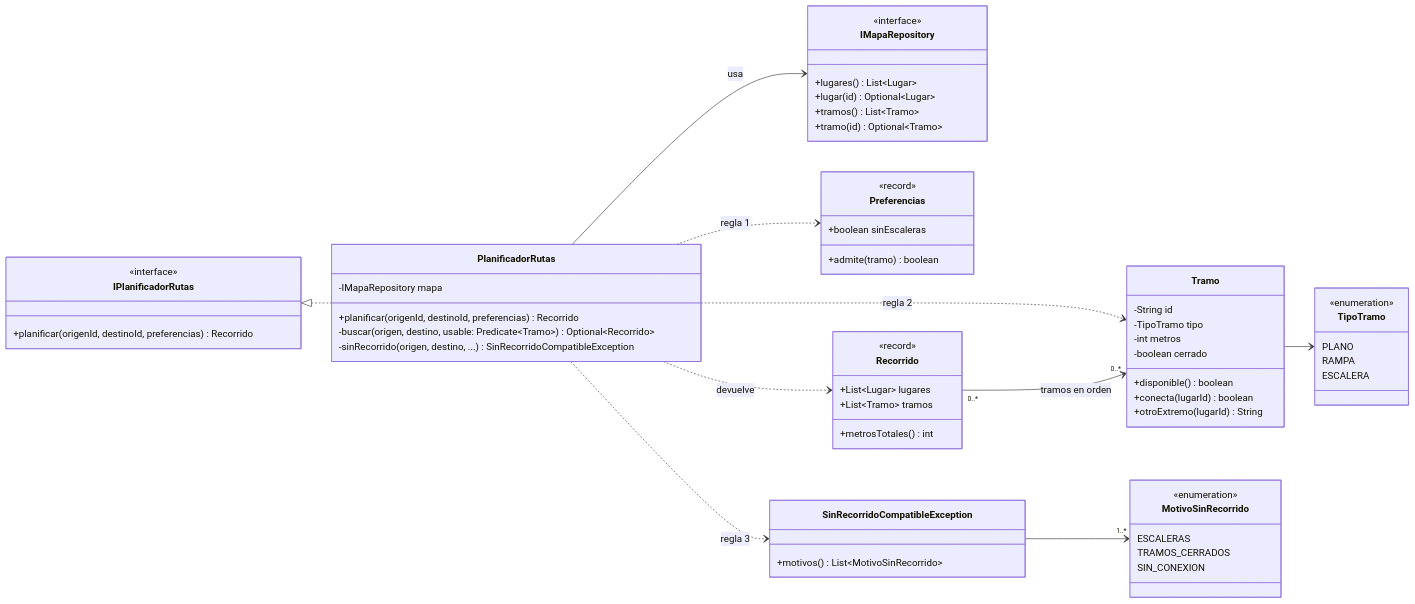
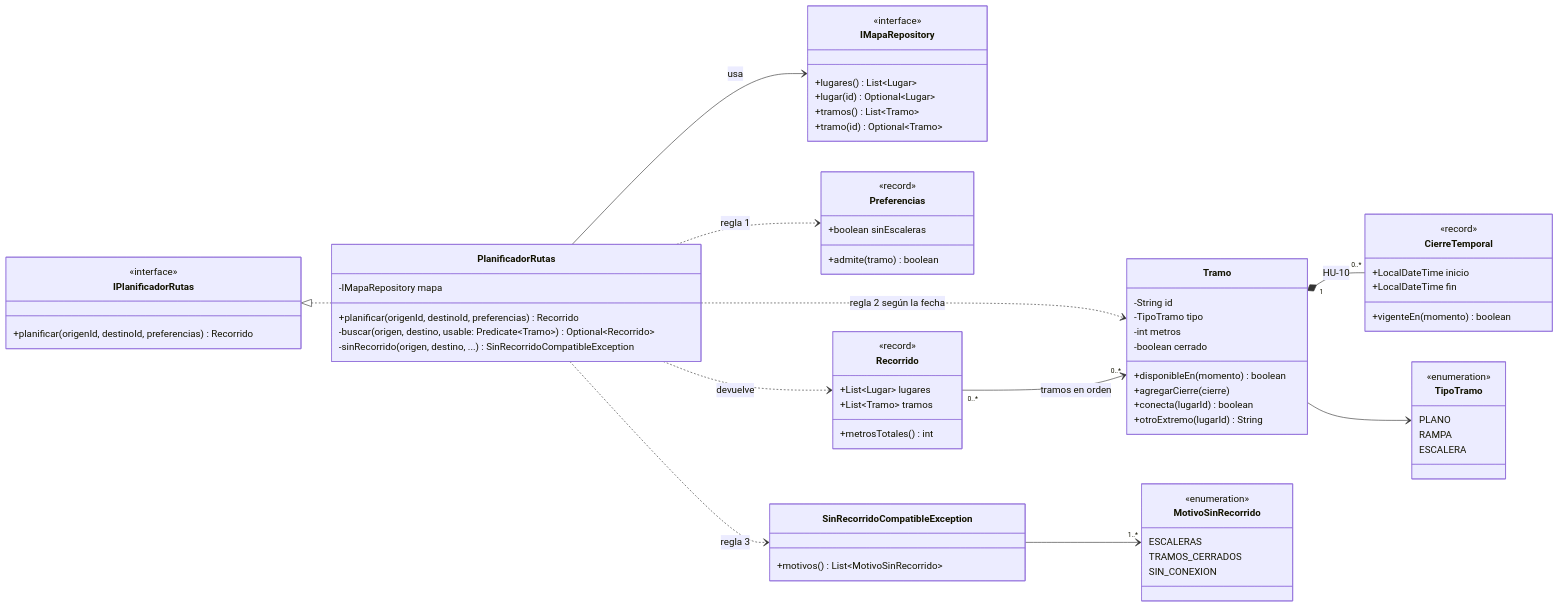
One commit to L4RV0/campus-accesible changed the diagram in docs/arquitectura/nivel4-codigo.md. Above: the diagram before and after it, drawn with Mermaid. The commit also changed other lines of this file and 10 other files, not shown here.

```diff
--- a/docs/arquitectura/nivel4-codigo.md
+++ b/docs/arquitectura/nivel4-codigo.md
@@ -37,9 +37,17 @@
         -TipoTramo tipo
         -int metros
         -boolean cerrado
-        +disponible() boolean
+        +disponibleEn(momento) boolean
+        +agregarCierre(cierre)
         +conecta(lugarId) boolean
         +otroExtremo(lugarId) String
+    }
+
+    class CierreTemporal {
+        <<record>>
+        +LocalDateTime inicio
+        +LocalDateTime fin
+        +vigenteEn(momento) boolean
     }
 
     class TipoTramo {
@@ -70,7 +78,8 @@
     IPlanificadorRutas <|.. PlanificadorRutas
     PlanificadorRutas --> IMapaRepository : usa
     PlanificadorRutas ..> Preferencias : regla 1
-    PlanificadorRutas ..> Tramo : regla 2
+    PlanificadorRutas ..> Tramo : regla 2 según la fecha
+    Tramo "1" *-- "0..*" CierreTemporal : HU-10
     PlanificadorRutas ..> Recorrido : devuelve
     PlanificadorRutas ..> SinRecorridoCompatibleException : regla 3
     Tramo --> TipoTramo
```
